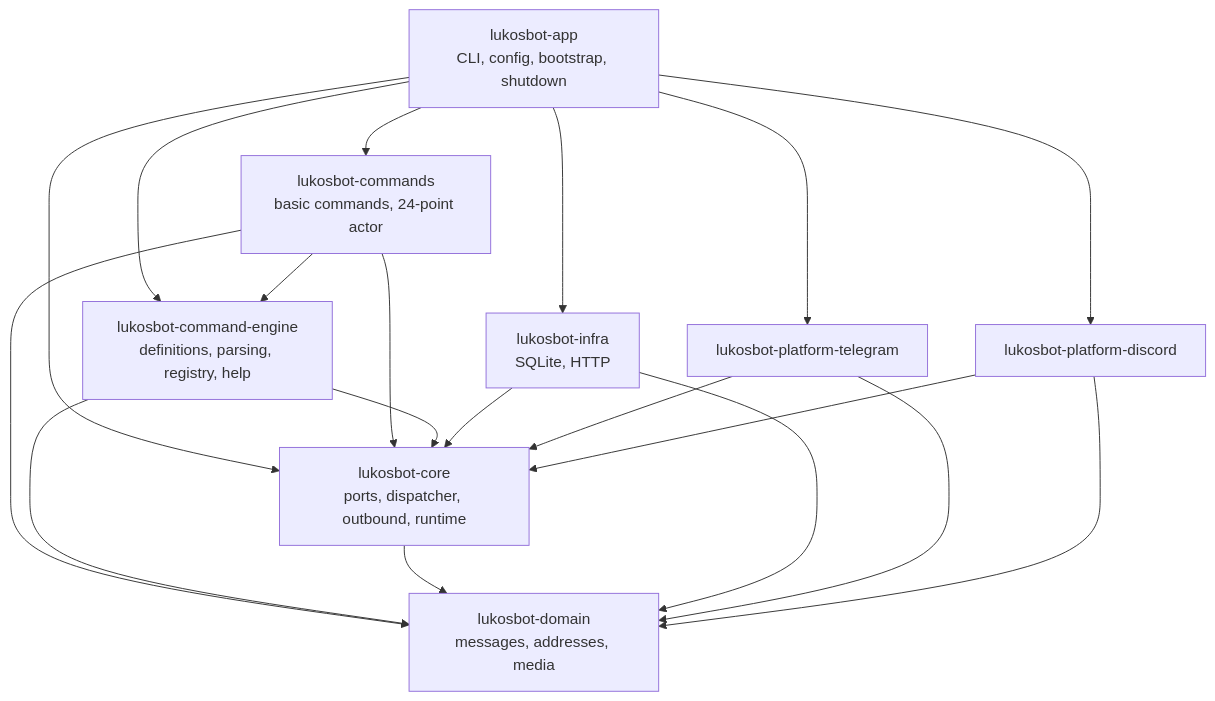
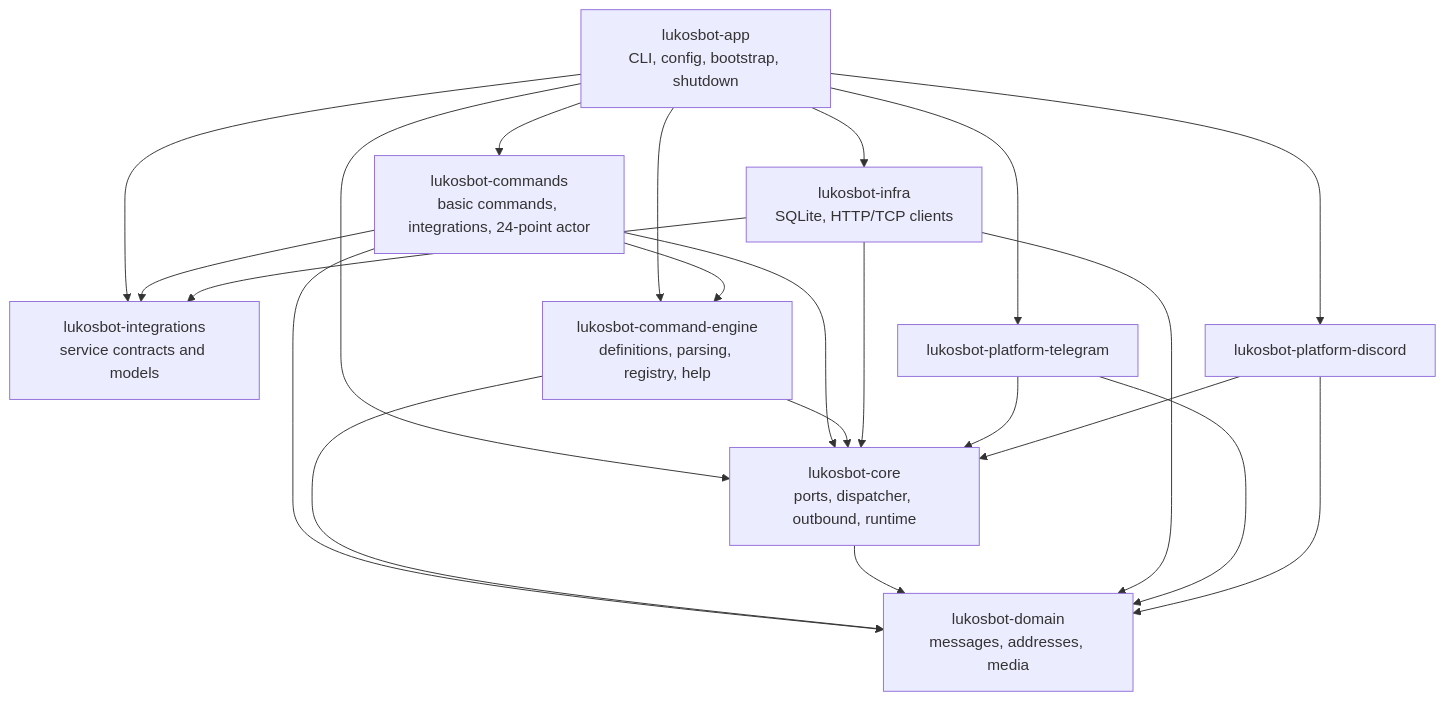
One commit to Chiloven945/lukosbot-rs changed the first of 2 diagrams in docs/architecture.md. Above: the diagram before and after it, drawn with Mermaid. The commit also changed other lines of this file and 57 other files, not shown here.

````diff
--- a/docs/architecture.md
+++ b/docs/architecture.md
@@ -12,29 +13,33 @@
 ```mermaid
 flowchart TD
     APP["lukosbot-app<br/>CLI, config, bootstrap, shutdown"]
     CORE["lukosbot-core<br/>ports, dispatcher, outbound, runtime"]
     DOMAIN["lukosbot-domain<br/>messages, addresses, media"]
-    INFRA["lukosbot-infra<br/>SQLite, HTTP"]
+    INFRA["lukosbot-infra<br/>SQLite, HTTP/TCP clients"]
+    INTEGRATIONS["lukosbot-integrations<br/>service contracts and models"]
     ENGINE["lukosbot-command-engine<br/>definitions, parsing, registry, help"]
-    COMMANDS["lukosbot-commands<br/>basic commands, 24-point actor"]
+    COMMANDS["lukosbot-commands<br/>basic commands, integrations, 24-point actor"]
     TG["lukosbot-platform-telegram"]
     DC["lukosbot-platform-discord"]
     APP --> COMMANDS
+    APP --> INTEGRATIONS
     APP --> ENGINE
     APP --> CORE
     APP --> INFRA
     APP --> TG
     APP --> DC
+    COMMANDS --> INTEGRATIONS
     COMMANDS --> ENGINE
     COMMANDS --> CORE
     COMMANDS --> DOMAIN
+    INFRA --> INTEGRATIONS
     ENGINE --> CORE
     ENGINE --> DOMAIN
     CORE --> DOMAIN
     INFRA --> CORE
     INFRA --> DOMAIN
     TG --> CORE
     TG --> DOMAIN
     DC --> CORE
     DC --> DOMAIN
 ```
````
